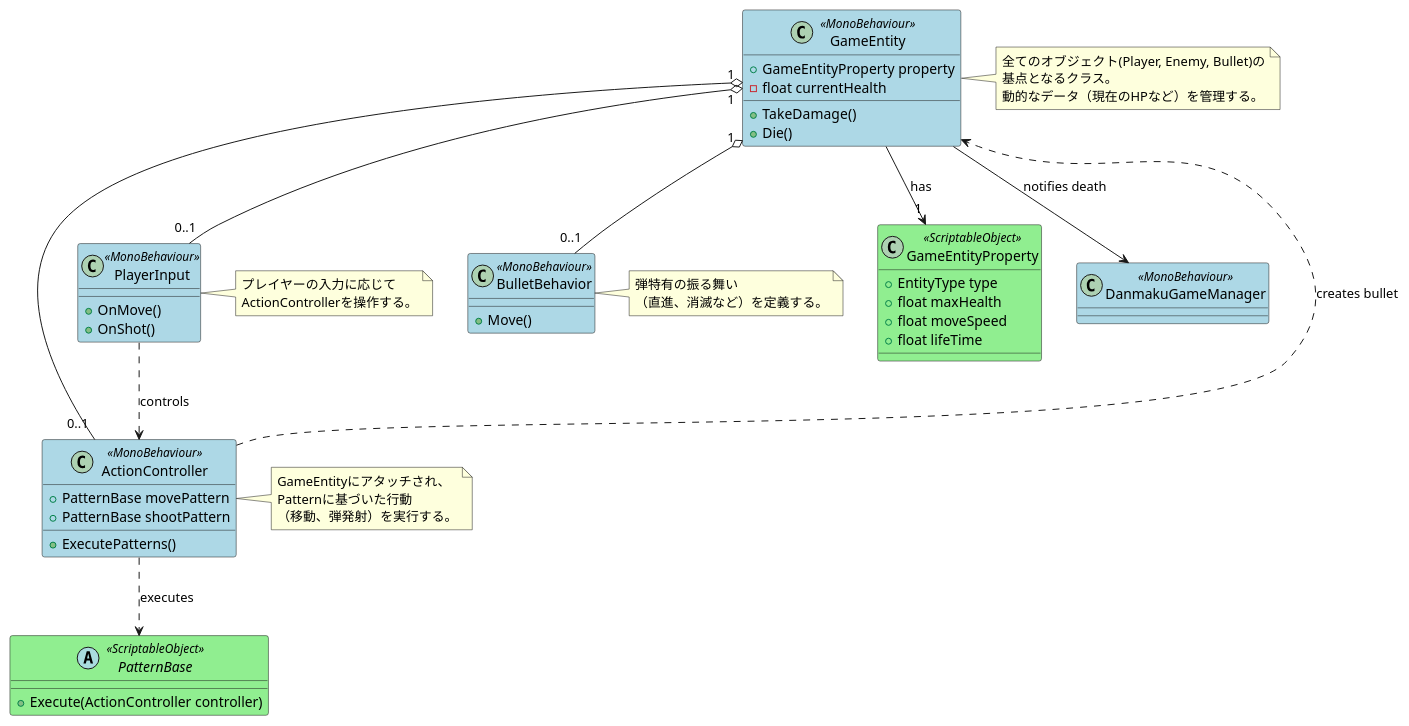
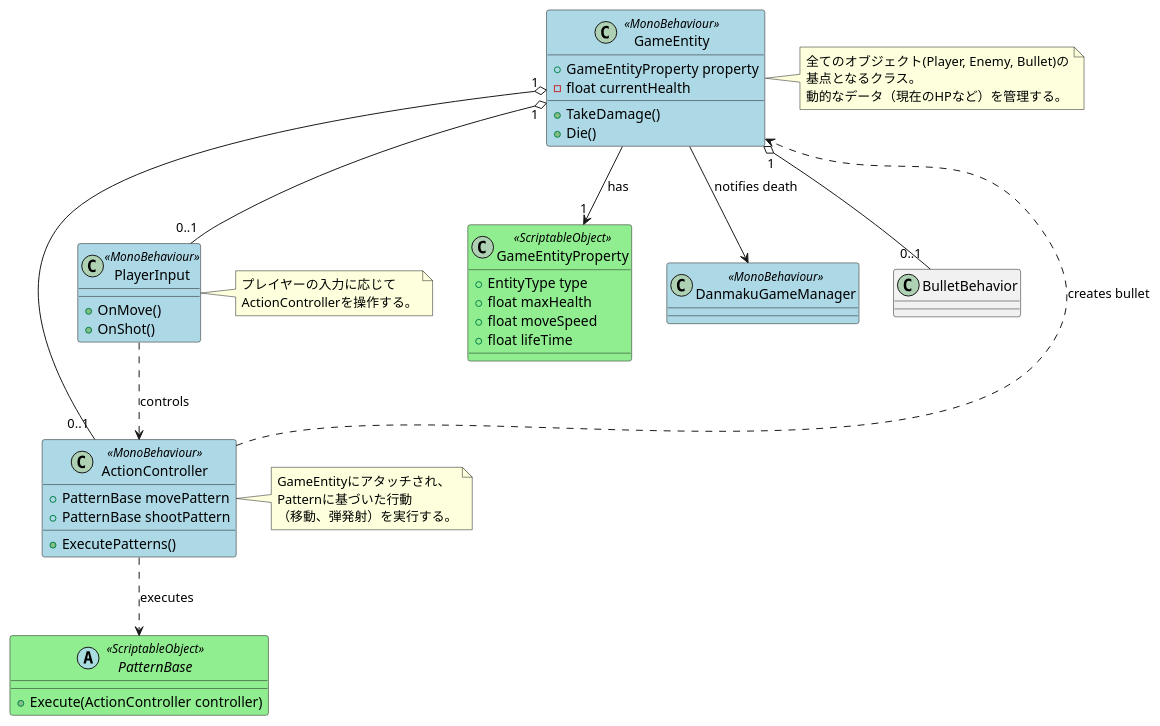
The diagram in ClassDiagramRefactoringv0.1.puml (himitu-da/Touhou-Spell-Up), drawn with PlantUML before and after one commit. The commit also changed 95 other files, not shown here.

```diff
--- a/ClassDiagramRefactoringv0.1.puml
+++ b/ClassDiagramRefactoringv0.1.puml
@@ -1,80 +1,72 @@
 @startuml ClassDiagramRefactoring
 ' ステレオタイプの色設定
 skinparam class {
     BackgroundColor<<MonoBehaviour>> LightBlue
     BackgroundColor<<ScriptableObject>> LightGreen
 }
 
 ' --- データ層 ---
 class GameEntityProperty <<ScriptableObject>> {
   + EntityType type
   + float maxHealth
   + float moveSpeed
   + float lifeTime
   ' ... and other static properties
 }
 
 ' --- ロジック層 (MonoBehaviour) ---
 class GameEntity <<MonoBehaviour>> {
   + GameEntityProperty property
   - float currentHealth
   + TakeDamage()
   + Die()
 }
 note right of GameEntity
   全てのオブジェクト(Player, Enemy, Bullet)の
   基点となるクラス。
   動的なデータ（現在のHPなど）を管理する。
 end note
 
 class ActionController <<MonoBehaviour>> {
   + PatternBase movePattern
   + PatternBase shootPattern
   + ExecutePatterns()
 }
 note right of ActionController
   GameEntityにアタッチされ、
   Patternに基づいた行動
   （移動、弾発射）を実行する。
 end note
 
 class PlayerInput <<MonoBehaviour>> {
   + OnMove()
   + OnShot()
 }
 note right of PlayerInput
   プレイヤーの入力に応じて
   ActionControllerを操作する。
 end note
 
-class BulletBehavior <<MonoBehaviour>> {
-  + Move()
-}
-note right of BulletBehavior
-  弾特有の振る舞い
-  （直進、消滅など）を定義する。
-end note
-
 class DanmakuGameManager <<MonoBehaviour>>
 
 ' --- パターン (ScriptableObject) ---
 abstract class PatternBase <<ScriptableObject>> {
   + Execute(ActionController controller)
 }
 ' (Patternの継承関係は既存と同様なので省略)
 
 
 ' --- 関係性 ---
 GameEntity --> "1" GameEntityProperty : "has"
 
 GameEntity "1" o-- "0..1" ActionController
 GameEntity "1" o-- "0..1" PlayerInput
 GameEntity "1" o-- "0..1" BulletBehavior
 
 ActionController ..> PatternBase : "executes"
 ActionController ..> GameEntity : "creates bullet"
 
 PlayerInput ..> ActionController : "controls"
 GameEntity --> DanmakuGameManager : "notifies death"
 
 @enduml
```
